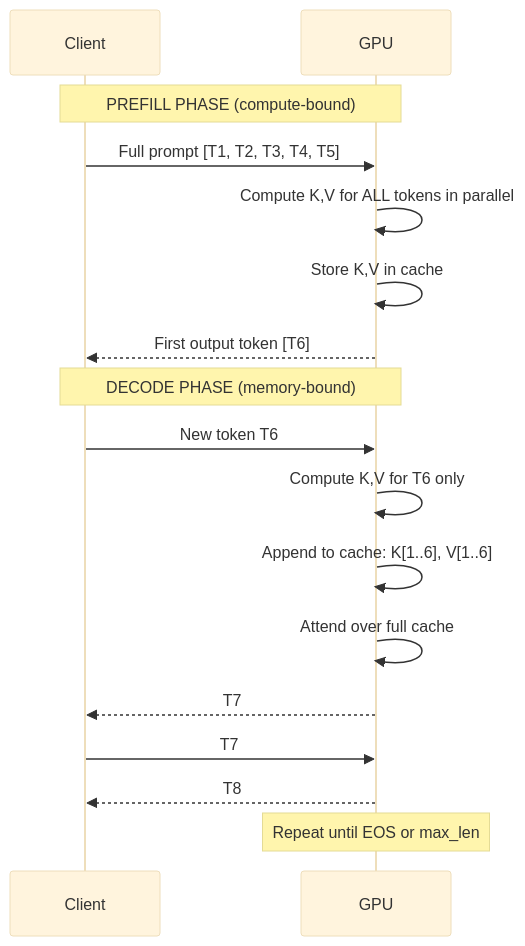
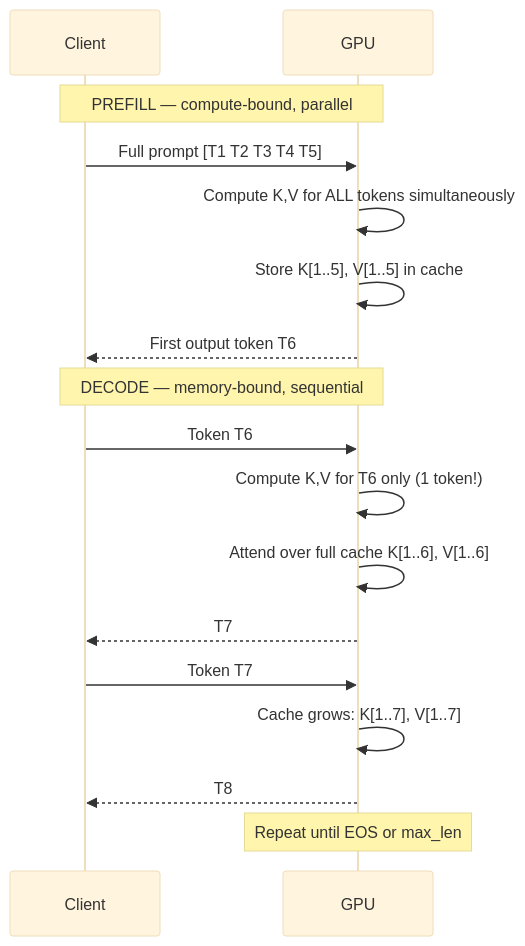
The sixth of 34 diagrams in challenges/ml_inference/NOTES.md (hg1112/learning-monorepo), drawn with Mermaid (base theme) before and after one commit. The commit also changed other lines of this file and 1 other file, not shown here.

Commit message:
gpu kernels

````diff
--- a/challenges/ml_inference/NOTES.md
+++ b/challenges/ml_inference/NOTES.md
@@ -147,22 +151,23 @@
 ```mermaid
 sequenceDiagram
-    participant Client
-    participant GPU
+    participant C as Client
+    participant G as GPU
 
-    Note over Client,GPU: PREFILL PHASE (compute-bound)
-    Client->>GPU: Full prompt [T1, T2, T3, T4, T5]
-    GPU->>GPU: Compute K,V for ALL tokens in parallel
-    GPU->>GPU: Store K,V in cache
-    GPU-->>Client: First output token [T6]
+    Note over C,G: PREFILL — compute-bound, parallel
+    C->>G: Full prompt [T1 T2 T3 T4 T5]
+    G->>G: Compute K,V for ALL tokens simultaneously
+    G->>G: Store K[1..5], V[1..5] in cache
+    G-->>C: First output token T6
 
-    Note over Client,GPU: DECODE PHASE (memory-bound)
-    Client->>GPU: New token T6
-    GPU->>GPU: Compute K,V for T6 only
-    GPU->>GPU: Append to cache: K[1..6], V[1..6]
-    GPU->>GPU: Attend over full cache
-    GPU-->>Client: T7
+    Note over C,G: DECODE — memory-bound, sequential
+    C->>G: Token T6
+    G->>G: Compute K,V for T6 only (1 token!)
+    G->>G: Attend over full cache K[1..6], V[1..6]
+    G-->>C: T7
 
-    Client->>GPU: T7
-    GPU-->>Client: T8
-    Note over GPU: Repeat until EOS or max_len
+    C->>G: Token T7
+    G->>G: Cache grows: K[1..7], V[1..7]
+    G-->>C: T8
+
+    Note over G: Repeat until EOS or max_len
 ```
````
